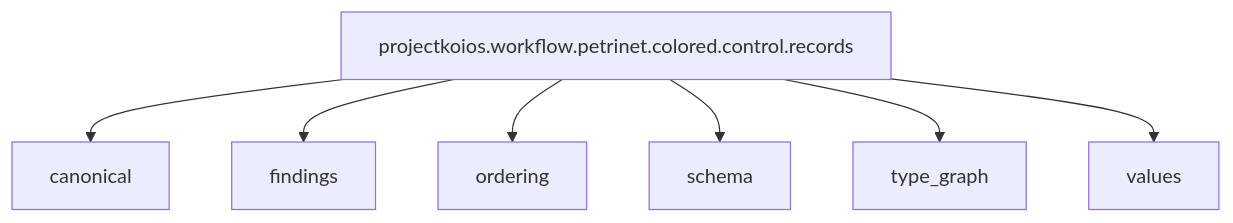
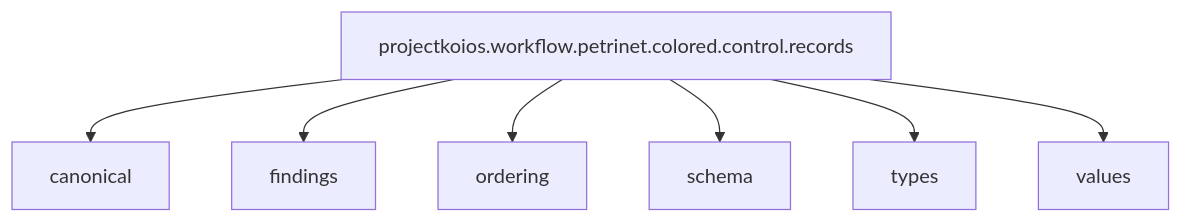
One commit to eragasa/projectkoios-workflow changed the first of 2 diagrams in docs/architecture/projectkoios/workflow/petrinet/colored/control/records/schematics.md. Above: the diagram before and after it, drawn with Mermaid. The commit also changed 423 other files, not shown here.

````diff
--- a/docs/architecture/projectkoios/workflow/petrinet/colored/control/records/schematics.md
+++ b/docs/architecture/projectkoios/workflow/petrinet/colored/control/records/schematics.md
@@ -5,10 +5,10 @@
 ```mermaid
 flowchart TD
     owner["projectkoios.workflow.petrinet.colored.control.records"]
     owner --> child0["canonical"]
     owner --> child1["findings"]
     owner --> child2["ordering"]
     owner --> child3["schema"]
-    owner --> child4["type_graph"]
+    owner --> child4["types"]
     owner --> child5["values"]
 ```
````
